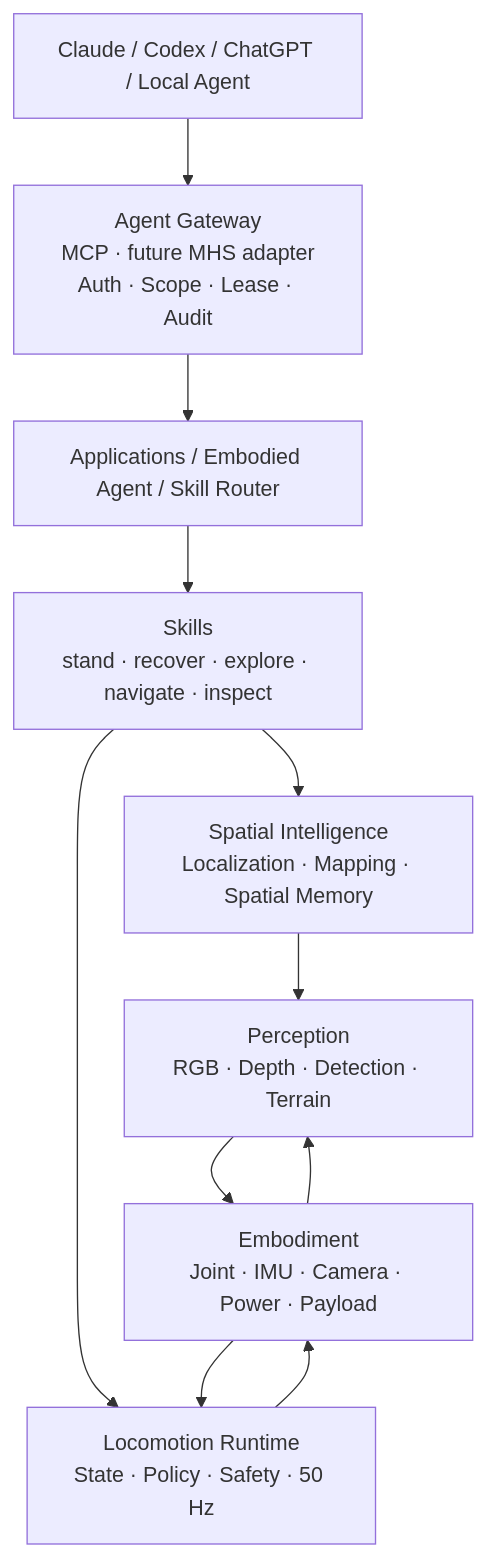
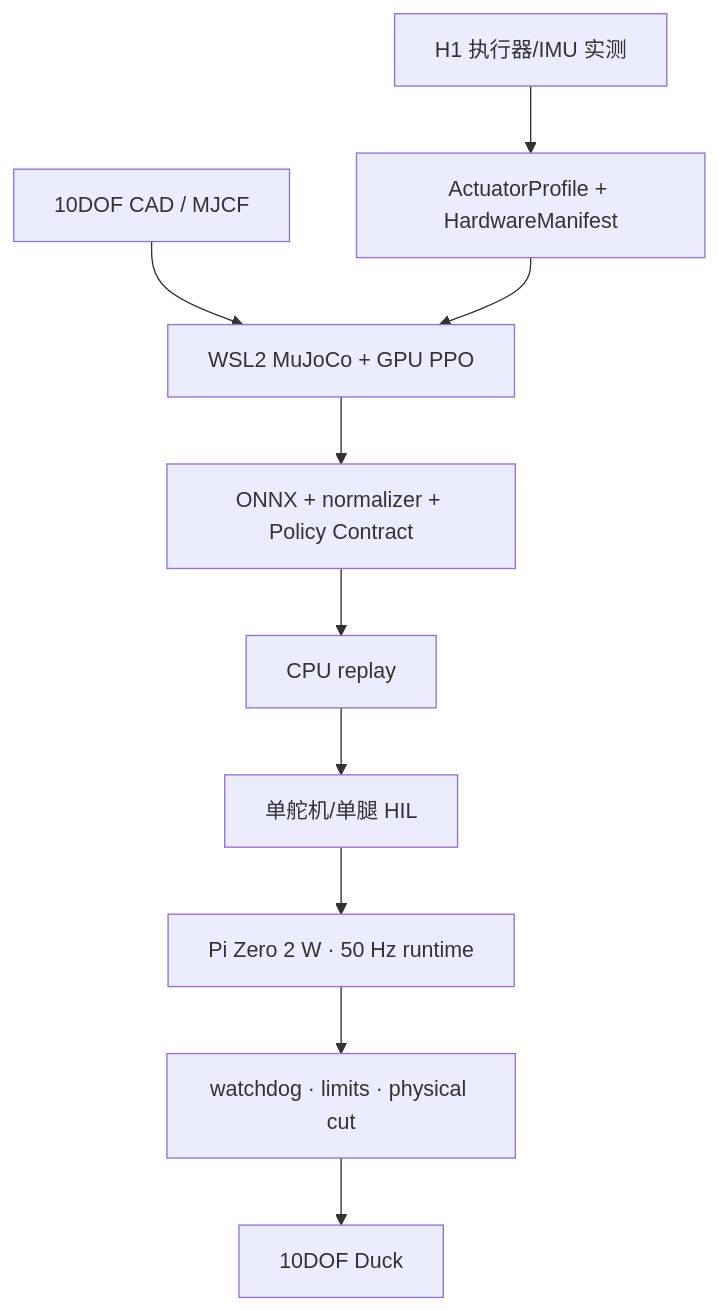
Before and after one commit to carpentry-liu/mini-duck-lite: the first of 4 diagrams in docs/ARCHITECTURE.md, drawn with Mermaid. The commit also changed other lines of this file and 33 other files, not shown here.

````diff
--- a/docs/ARCHITECTURE.md
+++ b/docs/ARCHITECTURE.md
@@ -5,20 +5,12 @@
 ```mermaid
 flowchart TB
-  EXT[Claude / Codex / ChatGPT / Local Agent]
-  GW[Agent Gateway\nMCP · future MHS adapter\nAuth · Scope · Lease · Audit]
-  APP[Applications / Embodied Agent / Skill Router]
-  SKILL[Skills\nstand · recover · explore · navigate · inspect]
-  SPATIAL[Spatial Intelligence\nLocalization · Mapping · Spatial Memory]
-  PER[Perception\nRGB · Depth · Detection · Terrain]
-  RT[Locomotion Runtime\nState · Policy · Safety · 50 Hz]
-  BODY[Embodiment\nJoint · IMU · Camera · Power · Payload]
-
-  EXT --> GW --> APP --> SKILL
-  SKILL --> SPATIAL
-  SKILL --> RT
-  SPATIAL --> PER
-  PER --> BODY
-  RT --> BODY
-  BODY --> RT
-  BODY --> PER
+  H1[H1 执行器/IMU 实测] --> PROFILE[ActuatorProfile + HardwareManifest]
+  CAD[10DOF CAD / MJCF] --> TRAIN[WSL2 MuJoCo + GPU PPO]
+  PROFILE --> TRAIN
+  TRAIN --> POLICY[ONNX + normalizer + Policy Contract]
+  POLICY --> REPLAY[CPU replay]
+  REPLAY --> HIL[单舵机/单腿 HIL]
+  HIL --> RT[Pi Zero 2 W · 50 Hz runtime]
+  RT --> SAFE[watchdog · limits · physical cut]
+  SAFE --> BODY[10DOF Duck]
 ```
````
